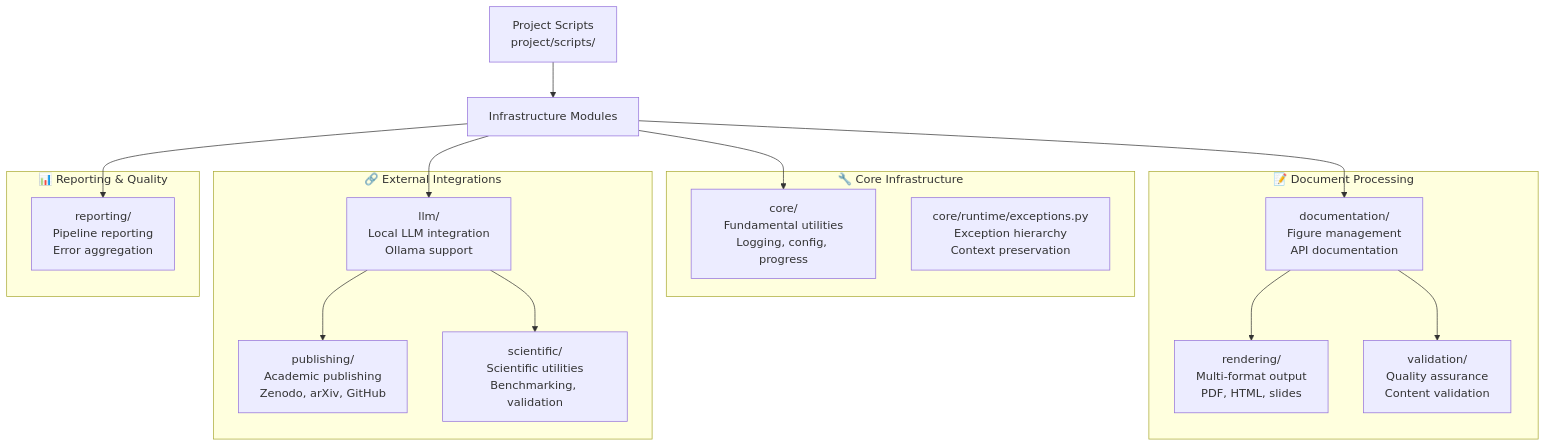
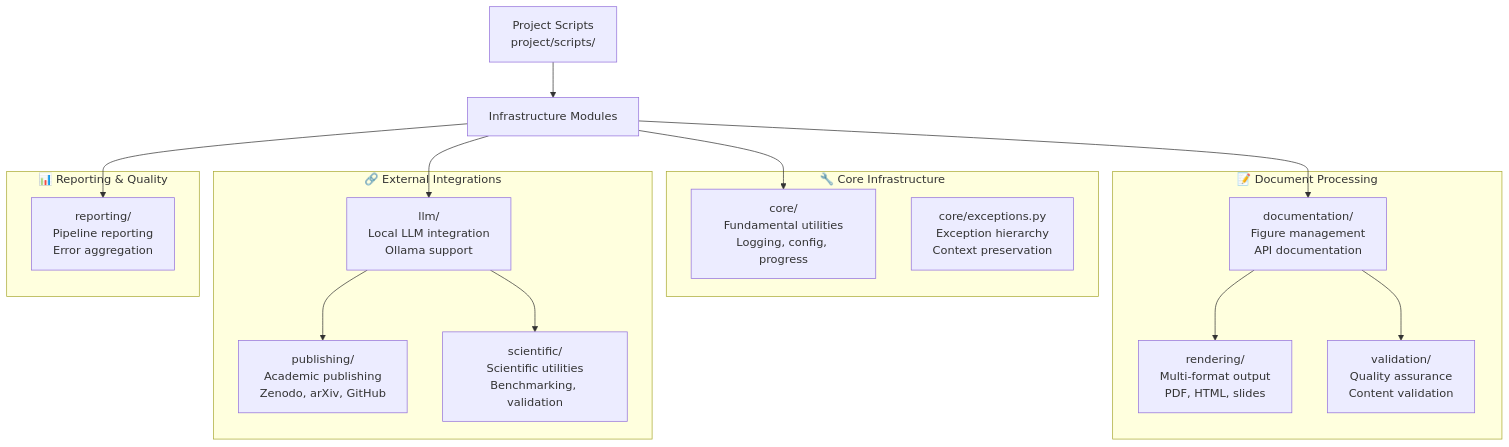
The first of 5 diagrams in infrastructure/README.md (docxology/template), drawn with Mermaid before and after one commit. The commit also changed other lines of this file and 1035 other files, not shown here.

````diff
--- a/infrastructure/README.md
+++ b/infrastructure/README.md
@@ -35,43 +35,43 @@
 ```mermaid
 graph TD
     subgraph "🔧 Core Infrastructure"
         CORE[core/<br/>Fundamental utilities<br/>Logging, config, progress]
-        EXCEPTIONS[core/runtime/exceptions.py<br/>Exception hierarchy<br/>Context preservation]
+        EXCEPTIONS[core/exceptions.py<br/>Exception hierarchy<br/>Context preservation]
     end
 
     subgraph "📝 Document Processing"
         DOC[documentation/<br/>Figure management<br/>API documentation]
         RENDER[rendering/<br/>Multi-format output<br/>PDF, HTML, slides]
         VALIDATION[validation/<br/>Quality assurance<br/>Content validation]
     end
 
     subgraph "🔗 External Integrations"
         LLM[llm/<br/>Local LLM integration<br/>Ollama support]
         PUBLISHING[publishing/<br/>Academic publishing<br/>Zenodo, arXiv, GitHub]
         SCIENTIFIC[scientific/<br/>Scientific utilities<br/>Benchmarking, validation]
     end
 
     subgraph "📊 Reporting & Quality"
         REPORTING[reporting/<br/>Pipeline reporting<br/>Error aggregation]
     end
 
     PROJECT_SCRIPTS[Project Scripts<br/>project/scripts/]
     INFRASTRUCTURE[Infrastructure Modules]
 
     PROJECT_SCRIPTS --> INFRASTRUCTURE
     INFRASTRUCTURE --> CORE
     INFRASTRUCTURE --> DOC
     INFRASTRUCTURE --> LLM
     INFRASTRUCTURE --> REPORTING
 
     DOC --> RENDER
     DOC --> VALIDATION
 
     LLM --> PUBLISHING
     LLM --> SCIENTIFIC
 
     class CORE,EXCEPTIONS core
     class DOC,RENDER,VALIDATION doc
     class LLM,PUBLISHING,SCIENTIFIC integration
     class REPORTING build
 ```
````
